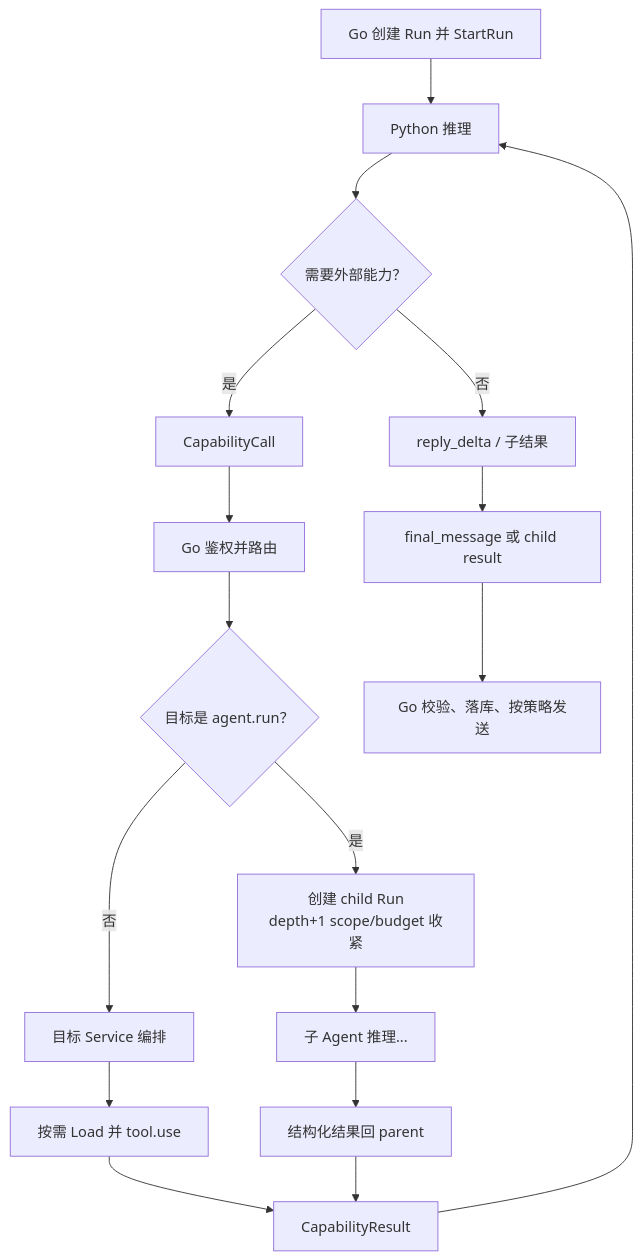
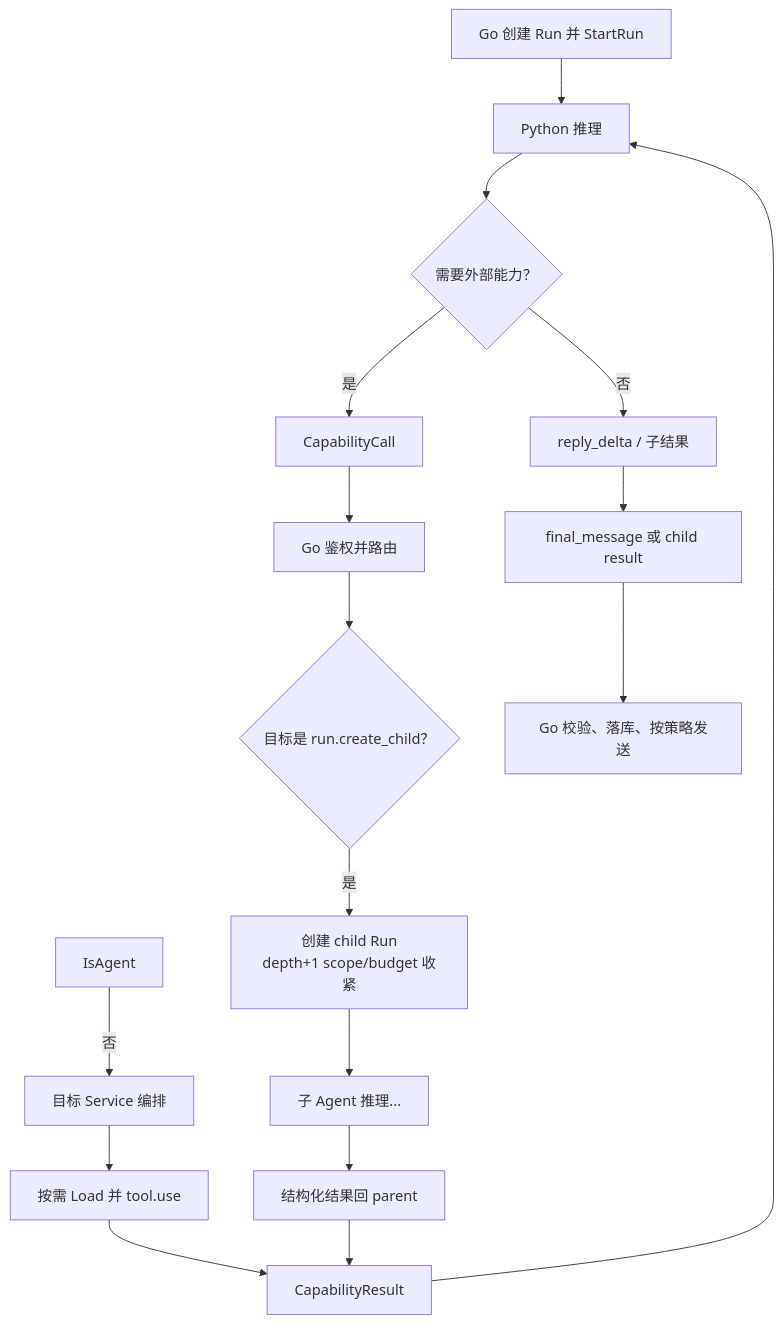
The second of 2 diagrams in docs/v3_overall_design.md (projectluojia/AI-Luo-Man-ga), drawn with Mermaid before and after one commit. The commit also changed other lines of this file and 24 other files, not shown here.

First line of the commit message:
refactor(core): own child run control

````diff
--- a/docs/v3_overall_design.md
+++ b/docs/v3_overall_design.md
@@ -821,21 +821,21 @@
 ```mermaid
 flowchart TD
     Start["Go 创建 Run 并 StartRun"] --> Think["Python 推理"]
     Think --> Need{"需要外部能力？"}
 
     Need -- "是" --> Call["CapabilityCall"]
     Call --> Auth["Go 鉴权并路由"]
-    Auth --> IsAgent{"目标是 agent.run？"}
-    IsAgent -- "是" --> Child["创建 child Run<br/>depth+1 scope/budget 收紧"]
+    Auth --> IsChild{"目标是 run.create_child？"}
+    IsChild -- "是" --> Child["创建 child Run<br/>depth+1 scope/budget 收紧"]
     Child --> ThinkChild["子 Agent 推理..."]
     ThinkChild --> ChildDone["结构化结果回 parent"]
     IsAgent -- "否" --> Exec["目标 Service 编排"]
     Exec --> Tools["按需 Load 并 tool.use"]
     Tools --> Result["CapabilityResult"]
     ChildDone --> Result
     Result --> Think
 
     Need -- "否" --> Stream["reply_delta / 子结果"]
     Stream --> Final["final_message 或 child result"]
     Final --> Finish["Go 校验、落库、按策略发送"]
 ```
````
